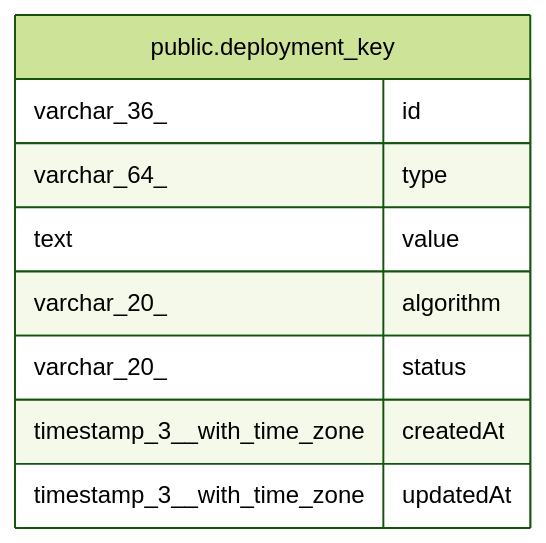
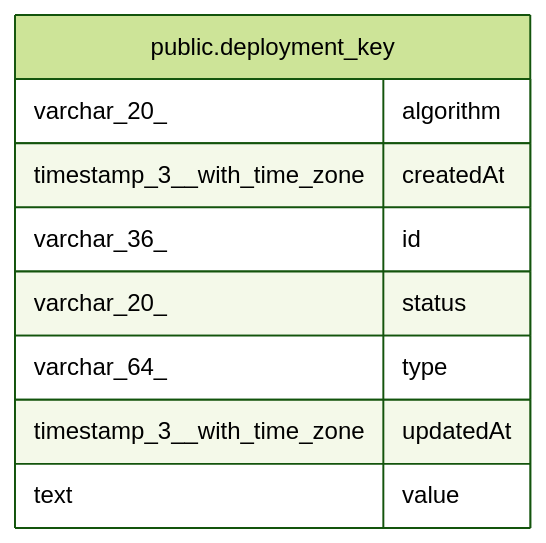
Before and after one commit to mayankjain1815-commits/n8n: the diagram in docs/generated/postgres-schema/public.deployment_key.md, drawn with Mermaid (forest theme). The commit also changed other lines of this file and 221 other files, not shown here.

Commit message:
chore(core): Make DB schema docs generation deterministic (#32373)

````diff
--- a/docs/generated/postgres-schema/public.deployment_key.md
+++ b/docs/generated/postgres-schema/public.deployment_key.md
@@ -41,14 +41,14 @@
 ```mermaid
 erDiagram
 
 
 "public.deployment_key" {
+  varchar_20_ algorithm
+  timestamp_3__with_time_zone createdAt
   varchar_36_ id
+  varchar_20_ status
   varchar_64_ type
+  timestamp_3__with_time_zone updatedAt
   text value
-  varchar_20_ algorithm
-  varchar_20_ status
-  timestamp_3__with_time_zone createdAt
-  timestamp_3__with_time_zone updatedAt
 }
 ```
````
